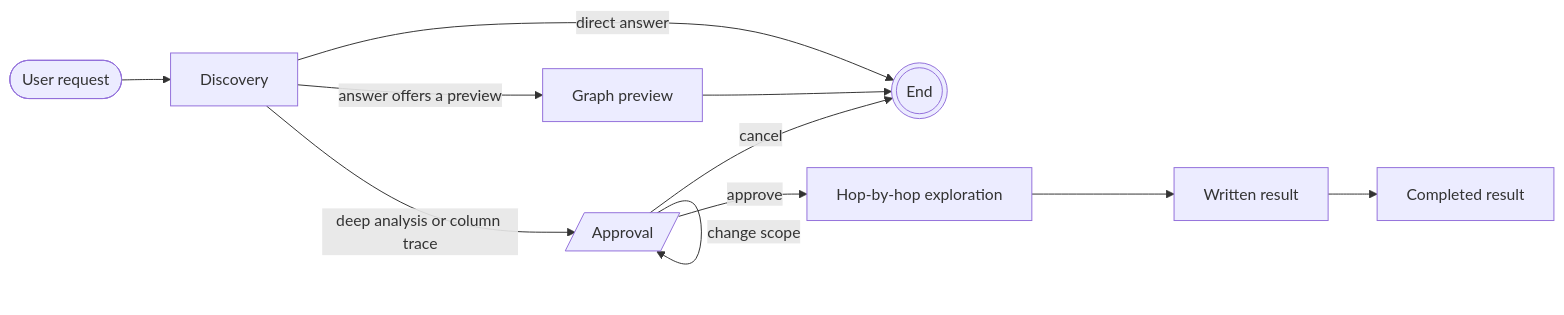
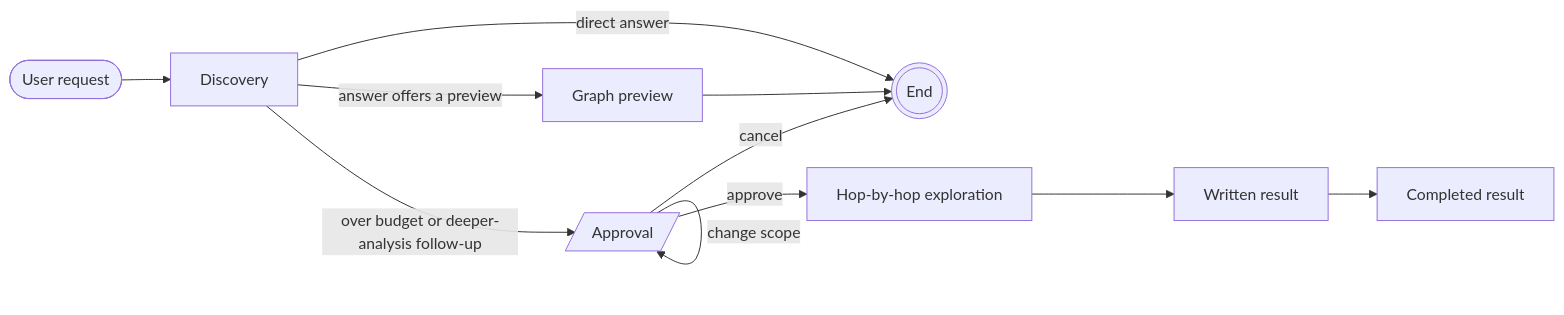
Before and after one commit to ChrisDevRepo/vscode_data_lineage: the second of 2 diagrams in docs/ARCHITECTURE.md, drawn with Mermaid. The commit also changed other lines of this file and 17 other files, not shown here.

````diff
--- a/docs/ARCHITECTURE.md
+++ b/docs/ARCHITECTURE.md
@@ -44,11 +44,11 @@
 ```mermaid
 flowchart LR
     Q([User request]) --> D[Discovery]
     D -->|direct answer| END(((End)))
     D -->|answer offers a preview| P[Graph preview] --> END
-    D -->|deep analysis or column trace| G[/Approval/]
+    D -->|over budget or deeper-analysis follow-up| G[/Approval/]
     G -->|change scope| G
     G -->|cancel| END
     G -->|approve| A[Hop-by-hop exploration]
     A --> S[Written result] --> C[Completed result]
 ```
````
